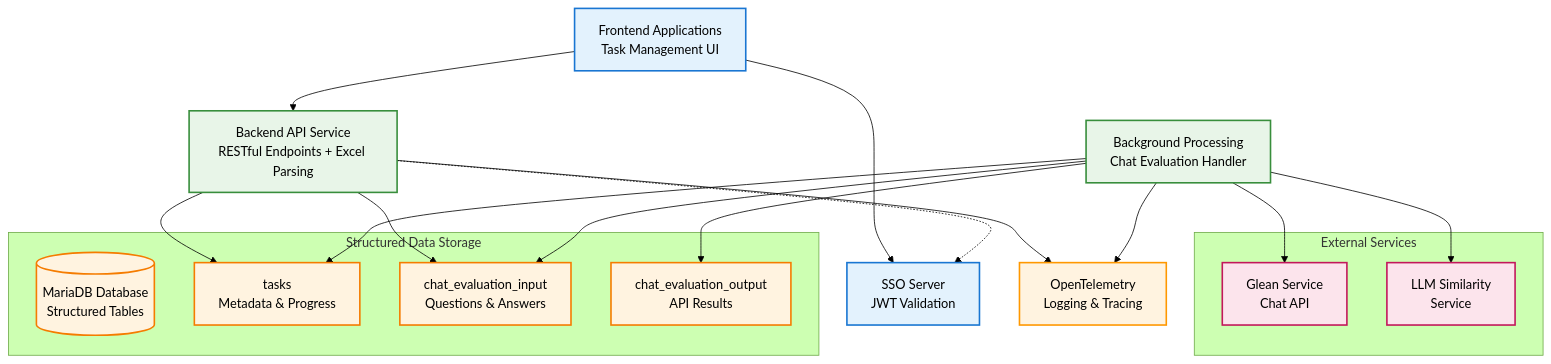
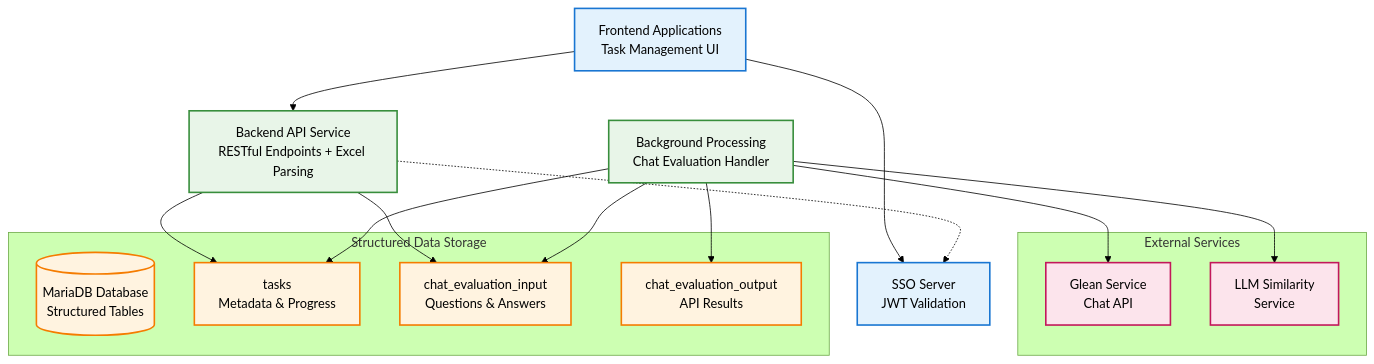
The first of 3 diagrams in docs/README.md (andrewhzy/SpringHttpClientDataJpaDemo), drawn with Mermaid (forest theme) before and after one commit. The commit also changed other lines of this file and 2 other files, not shown here.

Commit message:
remove otel things

````diff
--- a/docs/README.md
+++ b/docs/README.md
@@ -44,54 +44,47 @@
 ```mermaid
 graph TB
     %% User Interface Layer
     FE[Frontend Applications<br/>Task Management UI]
     SSO[SSO Server<br/>JWT Validation]
     
     %% Core Services
     API[Backend API Service<br/>RESTful Endpoints + Excel Parsing]
     BGP[Background Processing<br/>Chat Evaluation Handler]
-    
-    %% Observability Layer
-    OTEL[OpenTelemetry<br/>Logging & Tracing]
     
     %% External Services
     subgraph "External Services"
         Glean[Glean Service<br/>Chat API]
         LLM[LLM Similarity<br/>Service]
     end
     
     %% Data Layer - Structured Storage
     subgraph "Structured Data Storage"
         DB[(MariaDB Database<br/>Structured Tables)]
         TasksTable[tasks<br/>Metadata & Progress]
         ChatInput[chat_evaluation_input<br/>Questions & Answers]
         ChatOutput[chat_evaluation_output<br/>API Results]
     end
     
     %% High-level connections
     FE --> API
     FE --> SSO
     API -.-> SSO
     API --> TasksTable
     API --> ChatInput
-    API --> OTEL
     BGP --> TasksTable
     BGP --> ChatInput
     BGP --> ChatOutput
-    BGP --> OTEL
     BGP --> Glean
     BGP --> LLM
     
     %% Styling
     classDef frontend fill:#e3f2fd,stroke:#1976d2,stroke-width:2px
     classDef backend fill:#e8f5e8,stroke:#388e3c,stroke-width:2px
-    classDef observability fill:#fff3e0,stroke:#ff9800,stroke-width:2px
     classDef external fill:#fce4ec,stroke:#c2185b,stroke-width:2px
     classDef database fill:#fff3e0,stroke:#f57c00,stroke-width:2px
     
     class FE,SSO frontend
     class API,BGP backend
-    class OTEL observability
     class Glean,LLM external
     class DB,TasksTable,ChatInput,ChatOutput database
 ```
````
